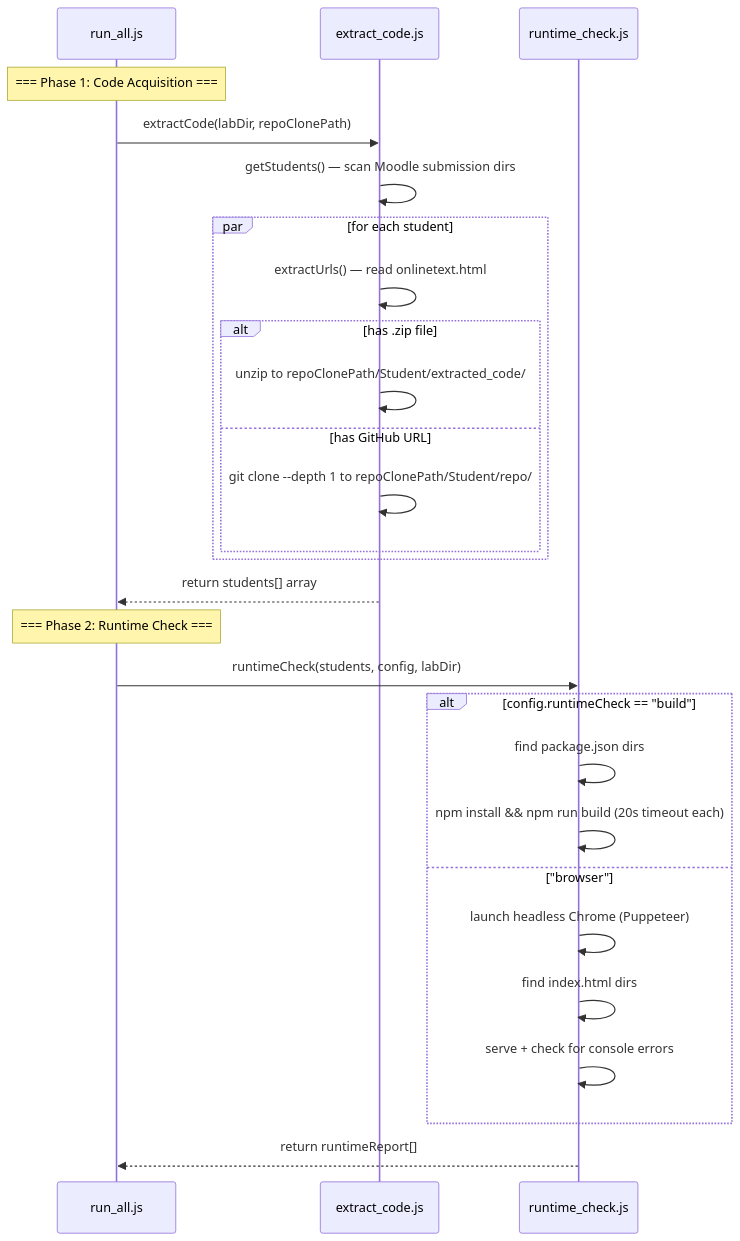
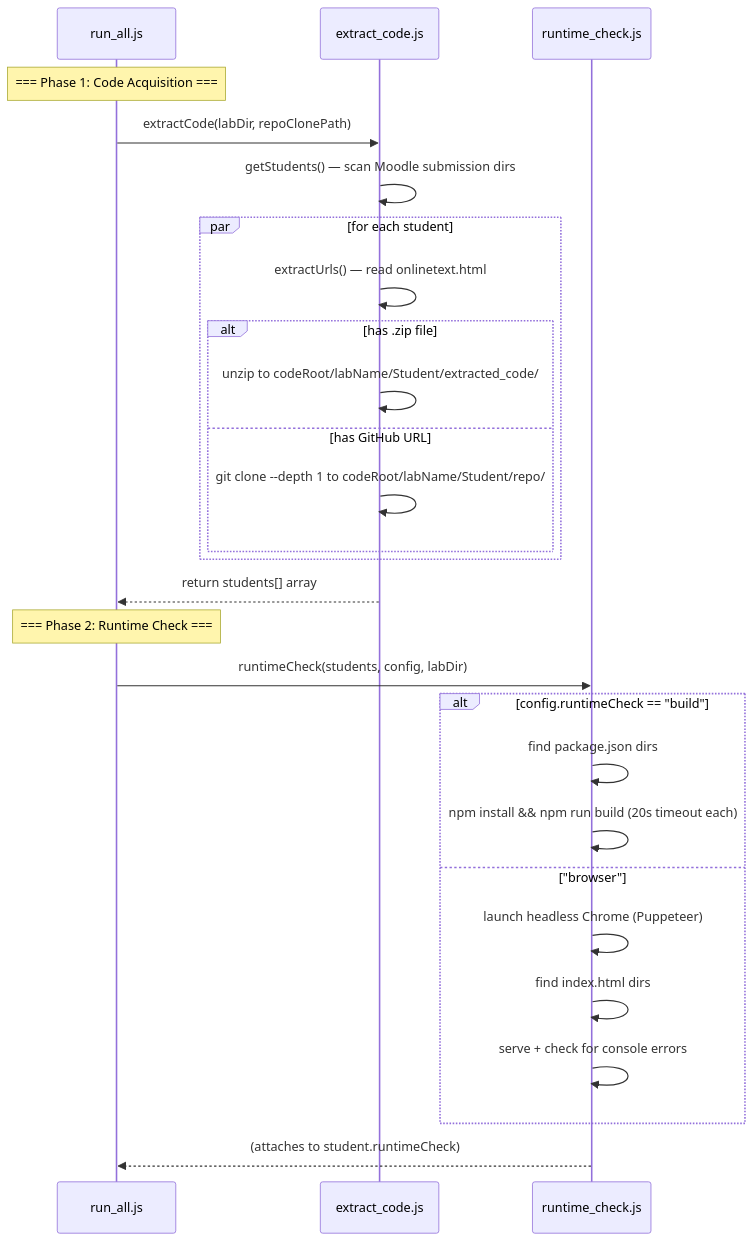
Before and after one commit to ProfBird/CS233JS-AI_Grading: the third of 5 diagrams in DEVELOPER_GUIDE.md, drawn with Mermaid. The commit also changed other lines of this file and 17 other files, not shown here.

````diff
--- a/DEVELOPER_GUIDE.md
+++ b/DEVELOPER_GUIDE.md
@@ -126,31 +118,31 @@
 ```mermaid
 sequenceDiagram
     participant run_all as run_all.js
     participant extract as extract_code.js
     participant runtime as runtime_check.js
 
     Note over run_all: === Phase 1: Code Acquisition ===
     run_all->>extract: extractCode(labDir, repoClonePath)
     extract->>extract: getStudents() — scan Moodle submission dirs
     par for each student
         extract->>extract: extractUrls() — read onlinetext.html
         alt has .zip file
-            extract->>extract: unzip to repoClonePath/Student/extracted_code/
+            extract->>extract: unzip to codeRoot/labName/Student/extracted_code/
         else has GitHub URL
-            extract->>extract: git clone --depth 1 to repoClonePath/Student/repo/
+            extract->>extract: git clone --depth 1 to codeRoot/labName/Student/repo/
         end
     end
     extract-->>run_all: return students[] array
 
     Note over run_all: === Phase 2: Runtime Check ===
     run_all->>runtime: runtimeCheck(students, config, labDir)
     alt config.runtimeCheck == "build"
         runtime->>runtime: find package.json dirs
         runtime->>runtime: npm install && npm run build (20s timeout each)
     else "browser"
         runtime->>runtime: launch headless Chrome (Puppeteer)
         runtime->>runtime: find index.html dirs
         runtime->>runtime: serve + check for console errors
     end
-    runtime-->>run_all: return runtimeReport[]
+    runtime-->>run_all: (attaches to student.runtimeCheck)
 ```
````
